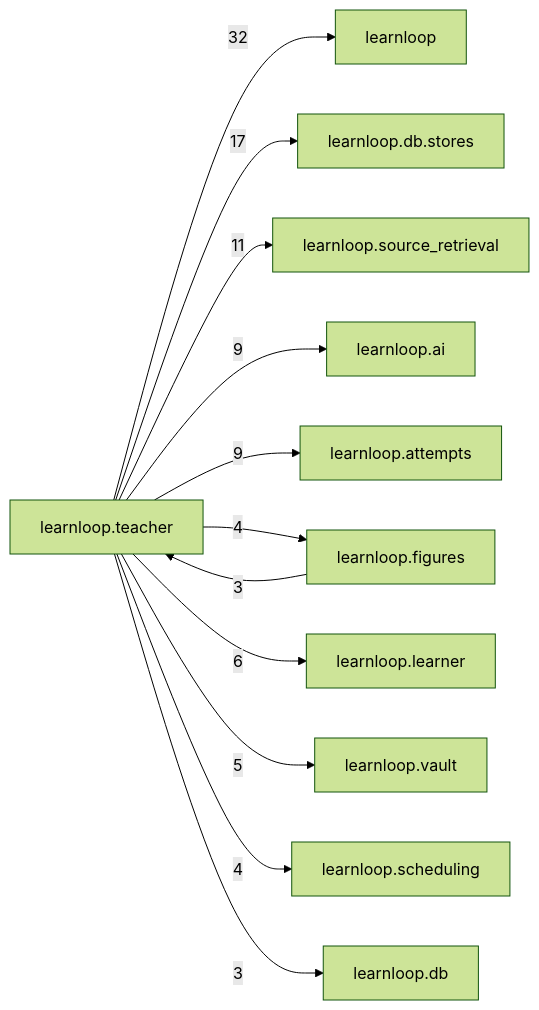
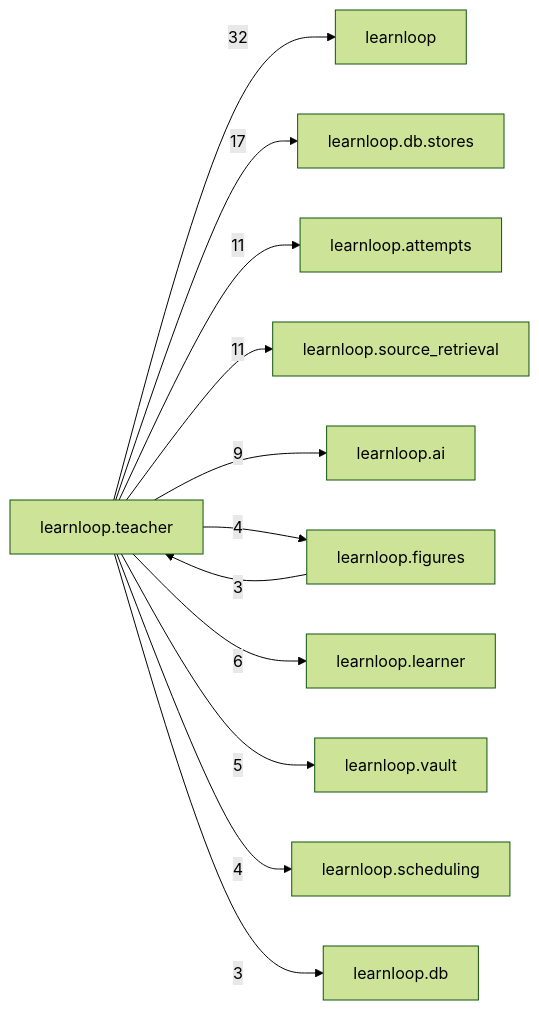
One commit to 6up-b/learnanything changed the diagram in docs/learnloop-architecture-vault/Reference/Modules/learnloop/teacher/_package.md. Above: the diagram before and after it, drawn with Mermaid (forest theme). The commit also changed other lines of this file and 95 other files, not shown here.

````diff
--- a/docs/learnloop-architecture-vault/Reference/Modules/learnloop/teacher/_package.md
+++ b/docs/learnloop-architecture-vault/Reference/Modules/learnloop/teacher/_package.md
@@ -125,25 +125,25 @@
 ```mermaid
 flowchart LR
     center["learnloop.teacher"]
     n_learnloop["learnloop"]
     n_learnloop_db_stores["learnloop.db.stores"]
+    n_learnloop_attempts["learnloop.attempts"]
     n_learnloop_source_retrieval["learnloop.source_retrieval"]
     n_learnloop_ai["learnloop.ai"]
-    n_learnloop_attempts["learnloop.attempts"]
     n_learnloop_figures["learnloop.figures"]
     n_learnloop_learner["learnloop.learner"]
     n_learnloop_vault["learnloop.vault"]
     n_learnloop_scheduling["learnloop.scheduling"]
     n_learnloop_db["learnloop.db"]
     center -->|32| n_learnloop
     center -->|17| n_learnloop_db_stores
+    center -->|11| n_learnloop_attempts
     center -->|11| n_learnloop_source_retrieval
     center -->|9| n_learnloop_ai
-    center -->|9| n_learnloop_attempts
     n_learnloop_figures -->|3| center
     center -->|4| n_learnloop_figures
     center -->|6| n_learnloop_learner
     center -->|5| n_learnloop_vault
     center -->|4| n_learnloop_scheduling
     center -->|3| n_learnloop_db
 ```
````
